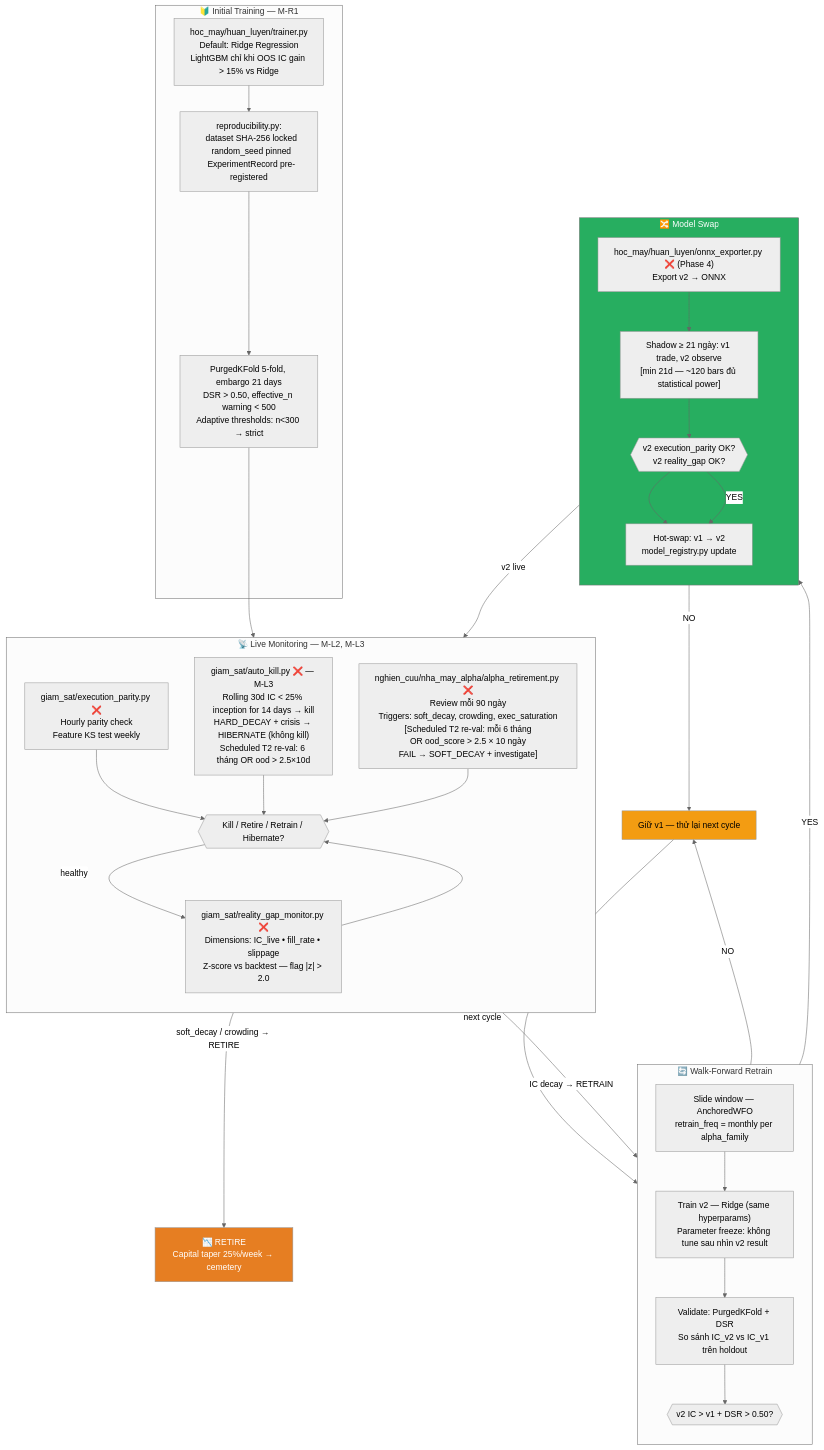
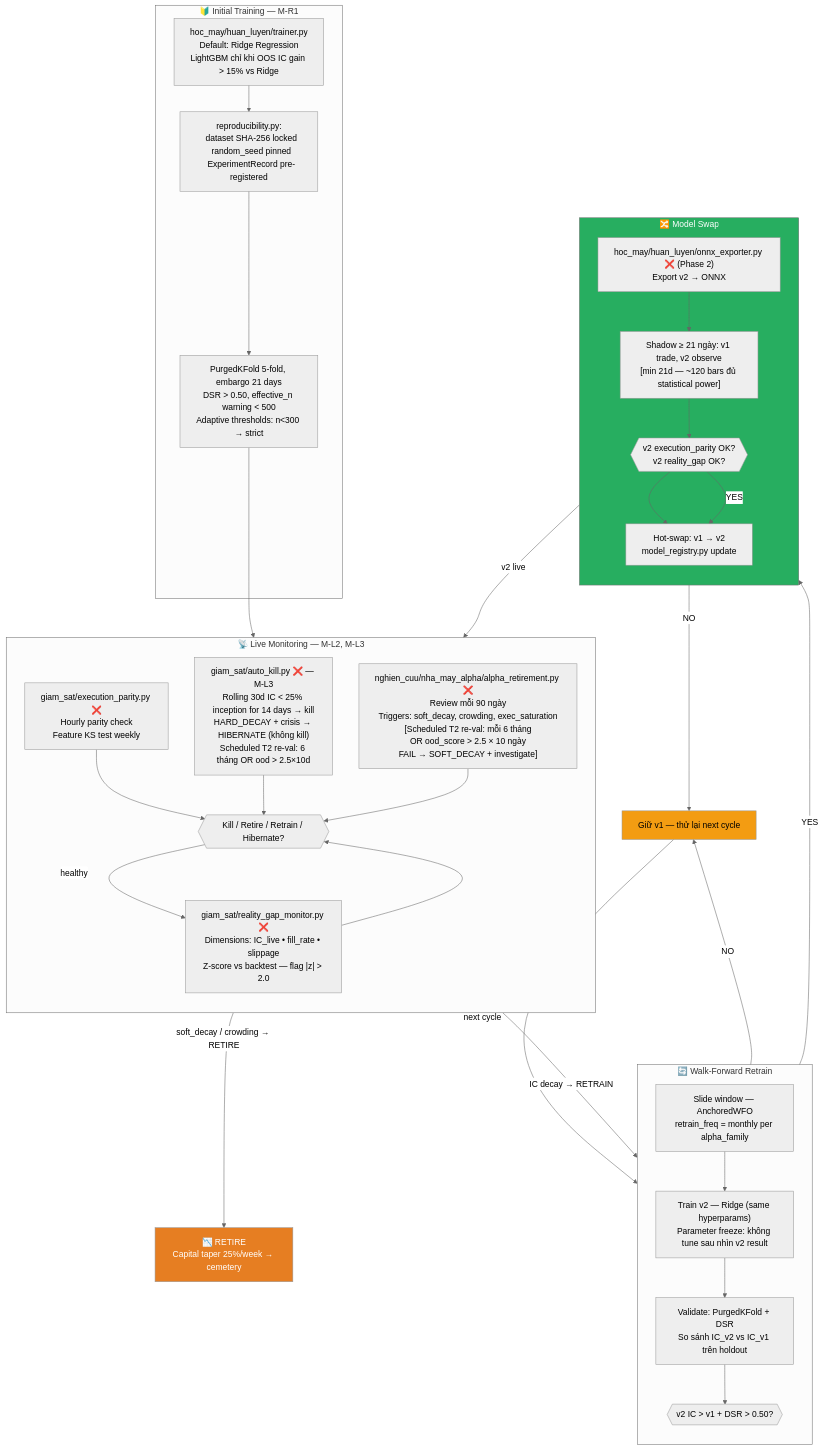
Before and after one commit to VagabondKingsman/Kairos-v3: the seventh of 13 diagrams in data_flow_diagrams.md, drawn with Mermaid (neutral theme). The commit also changed other lines of this file, not shown here.

````diff
--- a/data_flow_diagrams.md
+++ b/data_flow_diagrams.md
@@ -477,58 +502,58 @@
 ```mermaid
 flowchart TB
     subgraph INITIAL["🔰 Initial Training — M-R1"]
         I1["hoc_may/huan_luyen/trainer.py\nDefault: Ridge Regression\nLightGBM chỉ khi OOS IC gain > 15% vs Ridge"]
         I2["reproducibility.py:\n  dataset SHA-256 locked\n  random_seed pinned\n  ExperimentRecord pre-registered"]
         I3["PurgedKFold 5-fold, embargo 21 days\nDSR > 0.50, effective_n warning < 500\nAdaptive thresholds: n<300 → strict"]
         I1 --> I2 --> I3
     end
 
     subgraph MONITOR["📡 Live Monitoring — M-L2, M-L3"]
         direction TB
         M1["giam_sat/execution_parity.py ❌\nHourly parity check\nFeature KS test weekly"]
         M2["giam_sat/reality_gap_monitor.py ❌\nDimensions: IC_live • fill_rate • slippage\nZ-score vs backtest — flag |z| > 2.0"]
         M3["giam_sat/auto_kill.py ❌ — M-L3\nRolling 30d IC < 25% inception for 14 days → kill\nHARD_DECAY + crisis → HIBERNATE (không kill)\nScheduled T2 re-val: 6 tháng OR ood > 2.5×10d"]
         M4["nghien_cuu/nha_may_alpha/alpha_retirement.py ❌\nReview mỗi 90 ngày\nTriggers: soft_decay, crowding, exec_saturation\n[Scheduled T2 re-val: mỗi 6 tháng\nOR ood_score > 2.5 × 10 ngày\nFAIL → SOFT_DECAY + investigate]"]
         M5{{"Kill / Retire / Retrain / Hibernate?"}}
         M1 --> M5
         M2 --> M5
         M3 --> M5
         M4 --> M5
     end
 
     subgraph RETRAIN["🔄 Walk-Forward Retrain"]
         direction TB
         W1["Slide window — AnchoredWFO\nretrain_freq = monthly per alpha_family"]
         W2["Train v2 — Ridge (same hyperparams)\nParameter freeze: không tune sau nhìn v2 result"]
         W3["Validate: PurgedKFold + DSR\nSo sánh IC_v2 vs IC_v1 trên holdout"]
         W4{{"v2 IC > v1 + DSR > 0.50?"}}
         W1 --> W2 --> W3 --> W4
     end
 
     subgraph SWAP["🔀 Model Swap"]
         direction TB
-        S1["hoc_may/huan_luyen/onnx_exporter.py ❌ (Phase 4)\nExport v2 → ONNX"]
+        S1["hoc_may/huan_luyen/onnx_exporter.py ❌ (Phase 2)\nExport v2 → ONNX"]
         S2["Shadow ≥ 21 ngày: v1 trade, v2 observe\n[min 21d — ~120 bars đủ statistical power]"]
         S3{{"v2 execution_parity OK?\nv2 reality_gap OK?"}}
         S4["Hot-swap: v1 → v2\nmodel_registry.py update"]
         S1 --> S2 --> S3 --> S4
     end
 
     RETIRE_PATH["📉 RETIRE\nCapital taper 25%/week → cemetery"]
     KEEP["Giữ v1 — thử lại next cycle"]
 
     I3 --> MONITOR
     M5 -->|"IC decay → RETRAIN"| RETRAIN
     M5 -->|"soft_decay / crowding → RETIRE"| RETIRE_PATH
     M5 -->|"healthy"| M2
     W4 -->|"YES"| SWAP
     W4 -->|"NO"| KEEP
     S3 -->|"YES"| S4
     S3 -->|"NO"| KEEP
     KEEP -->|"next cycle"| RETRAIN
     S4 -->|"v2 live"| MONITOR
 
     style KEEP fill:#f39c12,color:#000
     style SWAP fill:#27ae60,color:#fff
     style RETIRE_PATH fill:#e67e22,color:#fff
 ```
````
